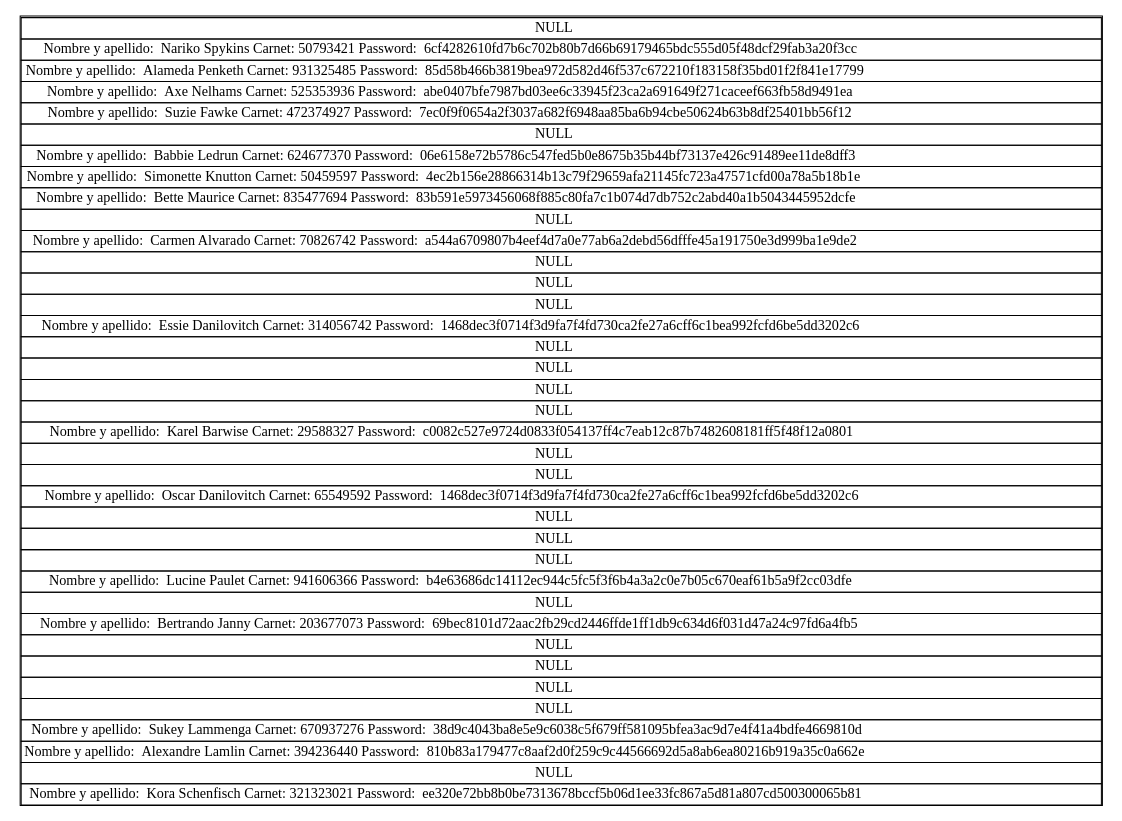
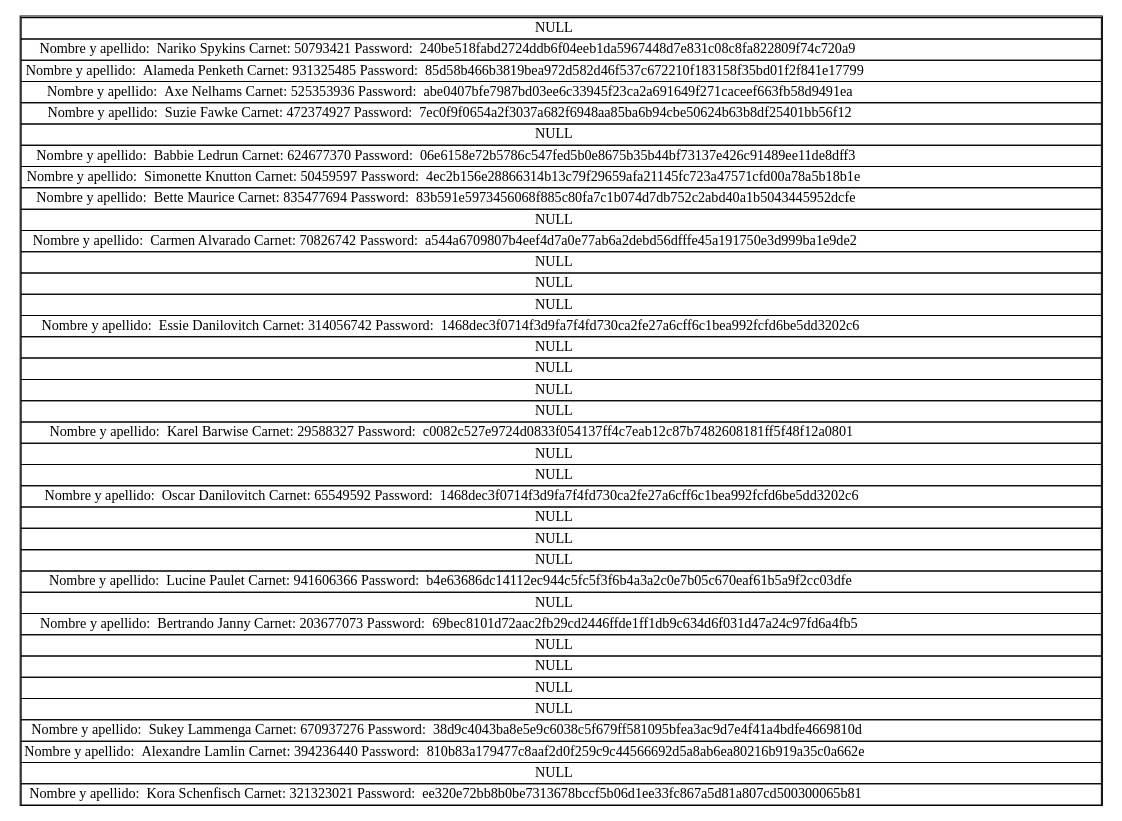
Before and after one commit to oscarc99/EDD_DIC_2019_PY2_201709140-: the diagram in report/User.dot, drawn with Graphviz. The commit also changed 63 other files, not shown here.

```diff
--- a/report/User.dot
+++ b/report/User.dot
@@ -1,47 +1,47 @@
 digraph G { 
 
 node [shape = none];
 
 2[label=  <<table border= "1 " cellspacing= " 0 ">;
 
 <tr> <td> NULL </td></tr>; 
-<tr> <td> Nombre y apellido:  Nariko Spykins Carnet: 50793421 Password:  6cf4282610fd7b6c702b80b7d66b69179465bdc555d05f48dcf29fab3a20f3cc</td> </tr> 
+<tr> <td> Nombre y apellido:  Nariko Spykins Carnet: 50793421 Password:  240be518fabd2724ddb6f04eeb1da5967448d7e831c08c8fa822809f74c720a9</td> </tr> 
 <tr> <td> Nombre y apellido:  Alameda Penketh Carnet: 931325485 Password:  85d58b466b3819bea972d582d46f537c672210f183158f35bd01f2f841e17799</td> </tr> 
 <tr> <td> Nombre y apellido:  Axe Nelhams Carnet: 525353936 Password:  abe0407bfe7987bd03ee6c33945f23ca2a691649f271caceef663fb58d9491ea</td> </tr> 
 <tr> <td> Nombre y apellido:  Suzie Fawke Carnet: 472374927 Password:  7ec0f9f0654a2f3037a682f6948aa85ba6b94cbe50624b63b8df25401bb56f12</td> </tr> 
 <tr> <td> NULL </td></tr>; 
 <tr> <td> Nombre y apellido:  Babbie Ledrun Carnet: 624677370 Password:  06e6158e72b5786c547fed5b0e8675b35b44bf73137e426c91489ee11de8dff3</td> </tr> 
 <tr> <td> Nombre y apellido:  Simonette Knutton Carnet: 50459597 Password:  4ec2b156e28866314b13c79f29659afa21145fc723a47571cfd00a78a5b18b1e</td> </tr> 
 <tr> <td> Nombre y apellido:  Bette Maurice Carnet: 835477694 Password:  83b591e5973456068f885c80fa7c1b074d7db752c2abd40a1b5043445952dcfe</td> </tr> 
 <tr> <td> NULL </td></tr>; 
 <tr> <td> Nombre y apellido:  Carmen Alvarado Carnet: 70826742 Password:  a544a6709807b4eef4d7a0e77ab6a2debd56dfffe45a191750e3d999ba1e9de2</td> </tr> 
 <tr> <td> NULL </td></tr>; 
 <tr> <td> NULL </td></tr>; 
 <tr> <td> NULL </td></tr>; 
 <tr> <td> Nombre y apellido:  Essie Danilovitch Carnet: 314056742 Password:  1468dec3f0714f3d9fa7f4fd730ca2fe27a6cff6c1bea992fcfd6be5dd3202c6</td> </tr> 
 <tr> <td> NULL </td></tr>; 
 <tr> <td> NULL </td></tr>; 
 <tr> <td> NULL </td></tr>; 
 <tr> <td> NULL </td></tr>; 
 <tr> <td> Nombre y apellido:  Karel Barwise Carnet: 29588327 Password:  c0082c527e9724d0833f054137ff4c7eab12c87b7482608181ff5f48f12a0801</td> </tr> 
 <tr> <td> NULL </td></tr>; 
 <tr> <td> NULL </td></tr>; 
 <tr> <td> Nombre y apellido:  Oscar Danilovitch Carnet: 65549592 Password:  1468dec3f0714f3d9fa7f4fd730ca2fe27a6cff6c1bea992fcfd6be5dd3202c6</td> </tr> 
 <tr> <td> NULL </td></tr>; 
 <tr> <td> NULL </td></tr>; 
 <tr> <td> NULL </td></tr>; 
 <tr> <td> Nombre y apellido:  Lucine Paulet Carnet: 941606366 Password:  b4e63686dc14112ec944c5fc5f3f6b4a3a2c0e7b05c670eaf61b5a9f2cc03dfe</td> </tr> 
 <tr> <td> NULL </td></tr>; 
 <tr> <td> Nombre y apellido:  Bertrando Janny Carnet: 203677073 Password:  69bec8101d72aac2fb29cd2446ffde1ff1db9c634d6f031d47a24c97fd6a4fb5</td> </tr> 
 <tr> <td> NULL </td></tr>; 
 <tr> <td> NULL </td></tr>; 
 <tr> <td> NULL </td></tr>; 
 <tr> <td> NULL </td></tr>; 
 <tr> <td> Nombre y apellido:  Sukey Lammenga Carnet: 670937276 Password:  38d9c4043ba8e5e9c6038c5f679ff581095bfea3ac9d7e4f41a4bdfe4669810d</td> </tr> 
 <tr> <td> Nombre y apellido:  Alexandre Lamlin Carnet: 394236440 Password:  810b83a179477c8aaf2d0f259c9c44566692d5a8ab6ea80216b919a35c0a662e</td> </tr> 
 <tr> <td> NULL </td></tr>; 
 <tr> <td> Nombre y apellido:  Kora Schenfisch Carnet: 321323021 Password:  ee320e72bb8b0be7313678bccf5b06d1ee33fc867a5d81a807cd500300065b81</td> </tr> 
 
 </table>>];
 
 }
```
